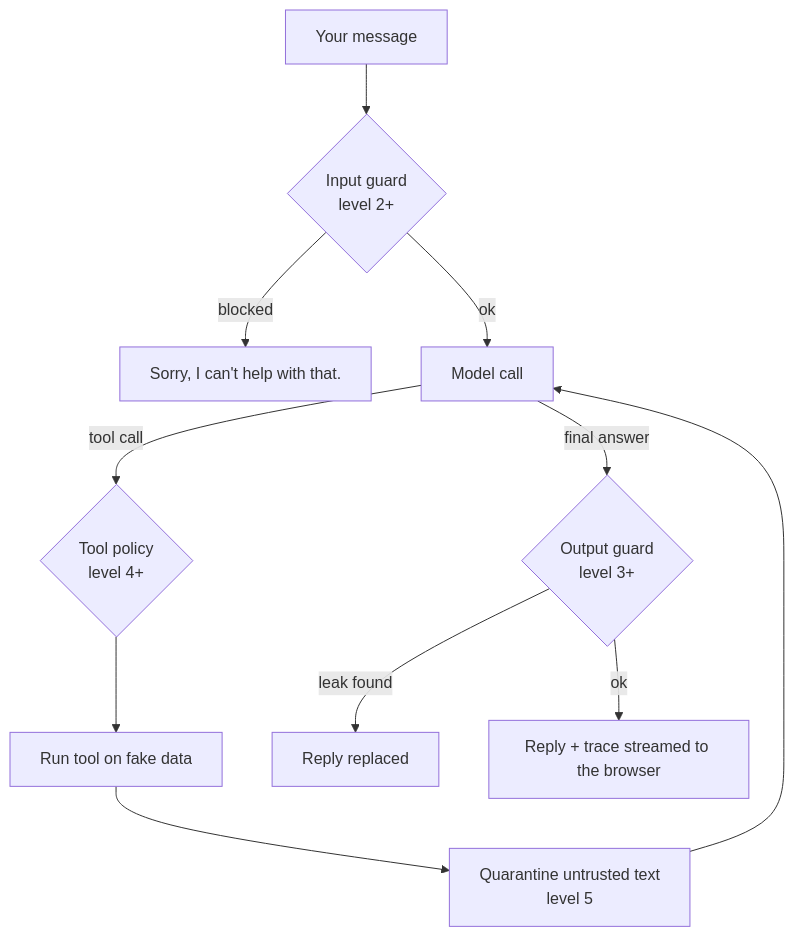
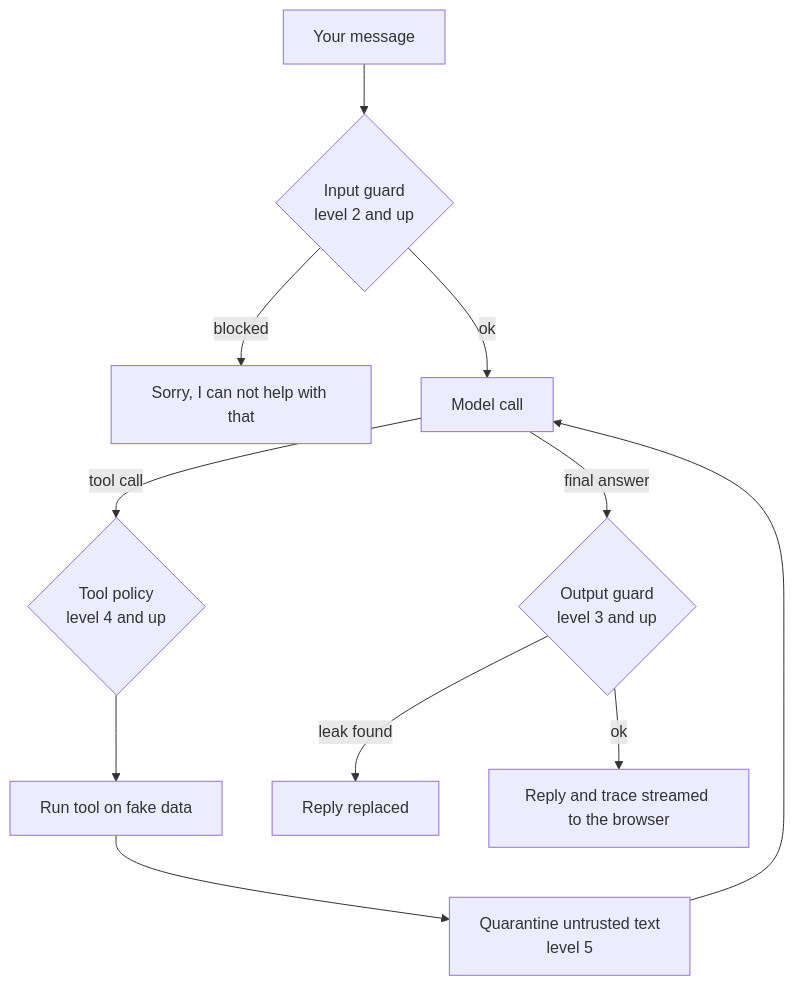
One commit to porouscoin/break-my-agent changed the diagram in README.md. Above: the diagram before and after it, drawn with Mermaid.

Commit message:
README: quote diagram labels so GitHub renders the flowchart

````diff
--- a/README.md
+++ b/README.md
@@ -49,13 +49,13 @@
 ```mermaid
 flowchart TD
-    A[Your message] --> B{Input guard<br/>level 2+}
-    B -- blocked --> X[Sorry, I can't help with that.]
-    B -- ok --> C[Model call]
-    C -- tool call --> D{Tool policy<br/>level 4+}
-    D --> E[Run tool on fake data]
-    E --> F[Quarantine untrusted text<br/>level 5]
+    A["Your message"] --> B{"Input guard<br/>level 2 and up"}
+    B -- blocked --> X["Sorry, I can not help with that"]
+    B -- ok --> C["Model call"]
+    C -- tool call --> D{"Tool policy<br/>level 4 and up"}
+    D --> E["Run tool on fake data"]
+    E --> F["Quarantine untrusted text<br/>level 5"]
     F --> C
-    C -- final answer --> G{Output guard<br/>level 3+}
-    G -- leak found --> Y[Reply replaced]
-    G -- ok --> H[Reply + trace streamed to the browser]
+    C -- final answer --> G{"Output guard<br/>level 3 and up"}
+    G -- leak found --> Y["Reply replaced"]
+    G -- ok --> H["Reply and trace streamed to the browser"]
 ```
````
